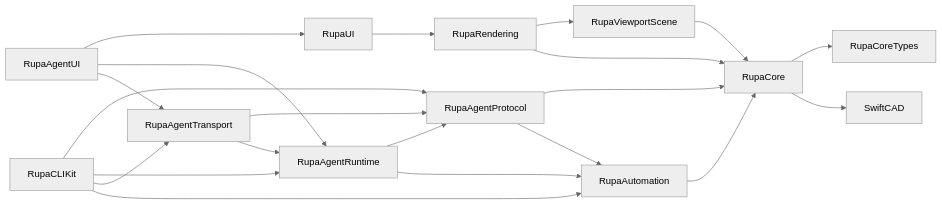
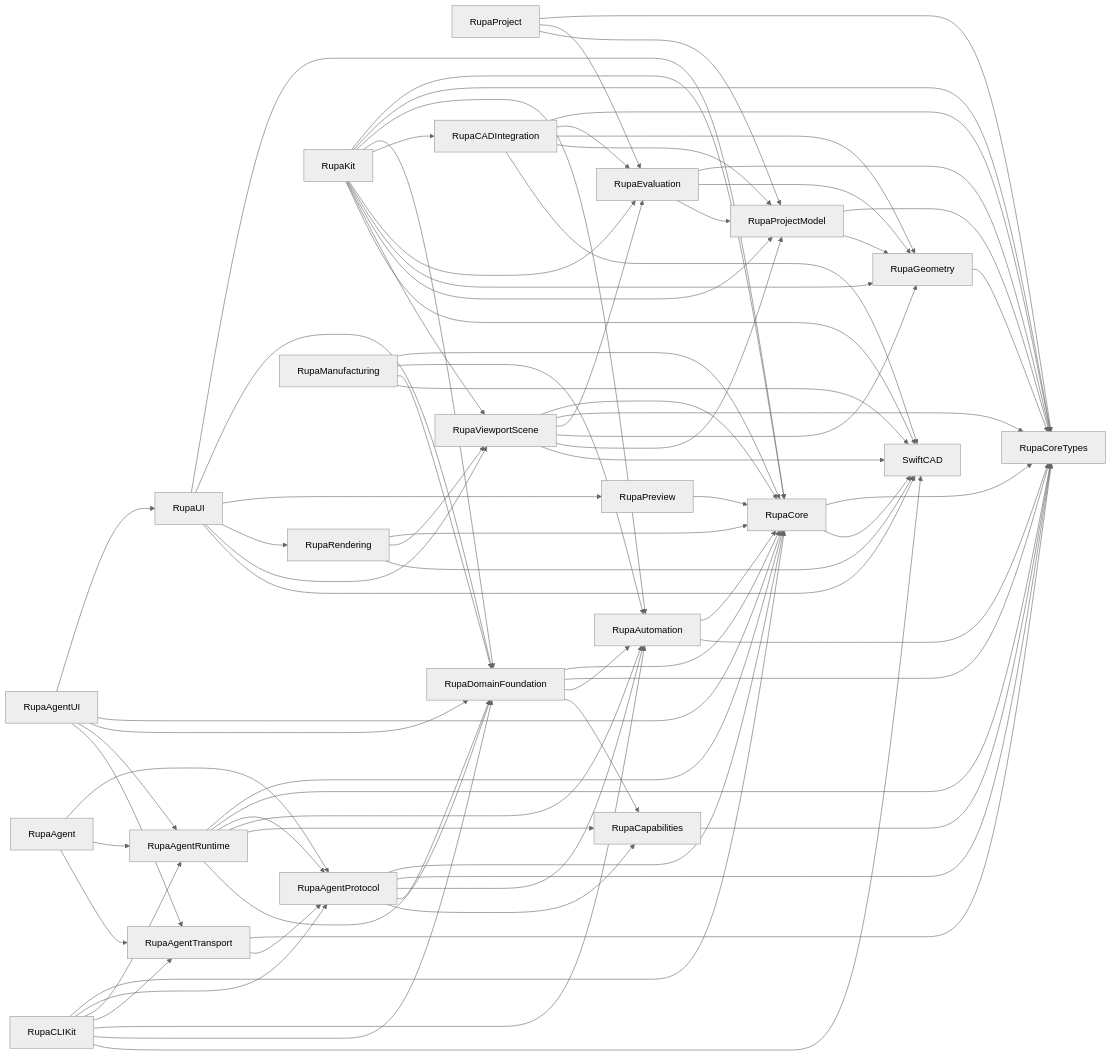
Before and after one commit to 1amageek/Rupa: the first of 2 diagrams in RupaKit/ARCHITECTURE.md, drawn with Mermaid (neutral theme). The commit also changed other lines of this file and 57 other files, not shown here.

````diff
--- a/RupaKit/ARCHITECTURE.md
+++ b/RupaKit/ARCHITECTURE.md
@@ -16,23 +16,84 @@
 ```mermaid
 flowchart LR
-    Core[RupaCore] --> CoreTypes[RupaCoreTypes]
-    Automation --> Core[RupaCore]
+    Capabilities[RupaCapabilities] --> CoreTypes[RupaCoreTypes]
+    Geometry[RupaGeometry] --> CoreTypes
+    ProjectModel[RupaProjectModel] --> CoreTypes
+    ProjectModel --> Geometry
+    Evaluation[RupaEvaluation] --> CoreTypes
+    Evaluation --> Geometry
+    Evaluation --> ProjectModel
+    Project[RupaProject] --> CoreTypes
+    Project --> Evaluation
+    Project --> ProjectModel
+    Core[RupaCore] --> CoreTypes
+    Core --> SwiftCAD[SwiftCAD]
+    CADIntegration[RupaCADIntegration] --> CoreTypes
+    CADIntegration --> Evaluation
+    CADIntegration --> Geometry
+    CADIntegration --> ProjectModel
+    CADIntegration --> SwiftCAD
+    Automation[RupaAutomation] --> Core
+    Automation --> CoreTypes
+    Domain[RupaDomainFoundation] --> Core
+    Domain --> CoreTypes
+    Domain --> Automation
+    Domain --> Capabilities
+    ViewportScene[RupaViewportScene] --> Core
+    ViewportScene --> CoreTypes
+    ViewportScene --> Evaluation
+    ViewportScene --> Geometry
+    ViewportScene --> ProjectModel
+    ViewportScene --> SwiftCAD
+    Rendering[RupaRendering] --> Core
+    Rendering --> ViewportScene
+    Rendering --> SwiftCAD
+    UI[RupaUI] --> Core
+    UI --> Domain
+    UI --> Preview[RupaPreview]
+    UI --> Rendering
+    UI --> ViewportScene
+    UI --> SwiftCAD
+    Kit[RupaKit] --> Core
+    Kit --> CoreTypes
+    Kit --> Automation
+    Kit --> Domain
+    Kit --> CADIntegration
+    Kit --> Evaluation
+    Kit --> Geometry
+    Kit --> ProjectModel
+    Kit --> ViewportScene
+    Kit --> SwiftCAD
     AgentProtocol[RupaAgentProtocol] --> Core
-    AgentProtocol --> Automation[RupaAutomation]
-    AgentRuntime[RupaAgentRuntime] --> AgentProtocol
+    AgentProtocol --> CoreTypes
+    AgentProtocol --> Automation
+    AgentProtocol --> Domain
+    AgentProtocol --> Capabilities
+    AgentRuntime[RupaAgentRuntime] --> Core
+    AgentRuntime --> CoreTypes
+    AgentRuntime --> AgentProtocol
     AgentRuntime --> Automation
-    AgentTransport[RupaAgentTransport] --> AgentProtocol
-    AgentTransport --> AgentRuntime
-    ViewportScene[RupaViewportScene] --> Core
-    Rendering[RupaRendering] --> ViewportScene
-    UI[RupaUI] --> Rendering
+    AgentRuntime --> Capabilities
+    AgentRuntime --> Domain
+    AgentTransport[RupaAgentTransport] --> CoreTypes
+    AgentTransport --> AgentProtocol
     AgentUI[RupaAgentUI] --> UI
+    AgentUI --> Core
+    AgentUI --> Domain
     AgentUI --> AgentRuntime
     AgentUI --> AgentTransport
-    CLI[RupaCLIKit] --> AgentProtocol
+    Agent[RupaAgent] --> AgentProtocol
+    Agent --> AgentRuntime
+    Agent --> AgentTransport
+    Preview --> Core
+    Manufacturing[RupaManufacturing] --> Core
+    Manufacturing --> Automation
+    Manufacturing --> Domain
+    Manufacturing --> SwiftCAD
+    CLI[RupaCLIKit] --> Core
+    CLI --> AgentProtocol
     CLI --> AgentRuntime
     CLI --> AgentTransport
     CLI --> Automation
-    Rendering --> Core
-    Core --> SwiftCAD[SwiftCAD]
+    CLI --> Domain
+    CLI --> SwiftCAD
 ```
````
